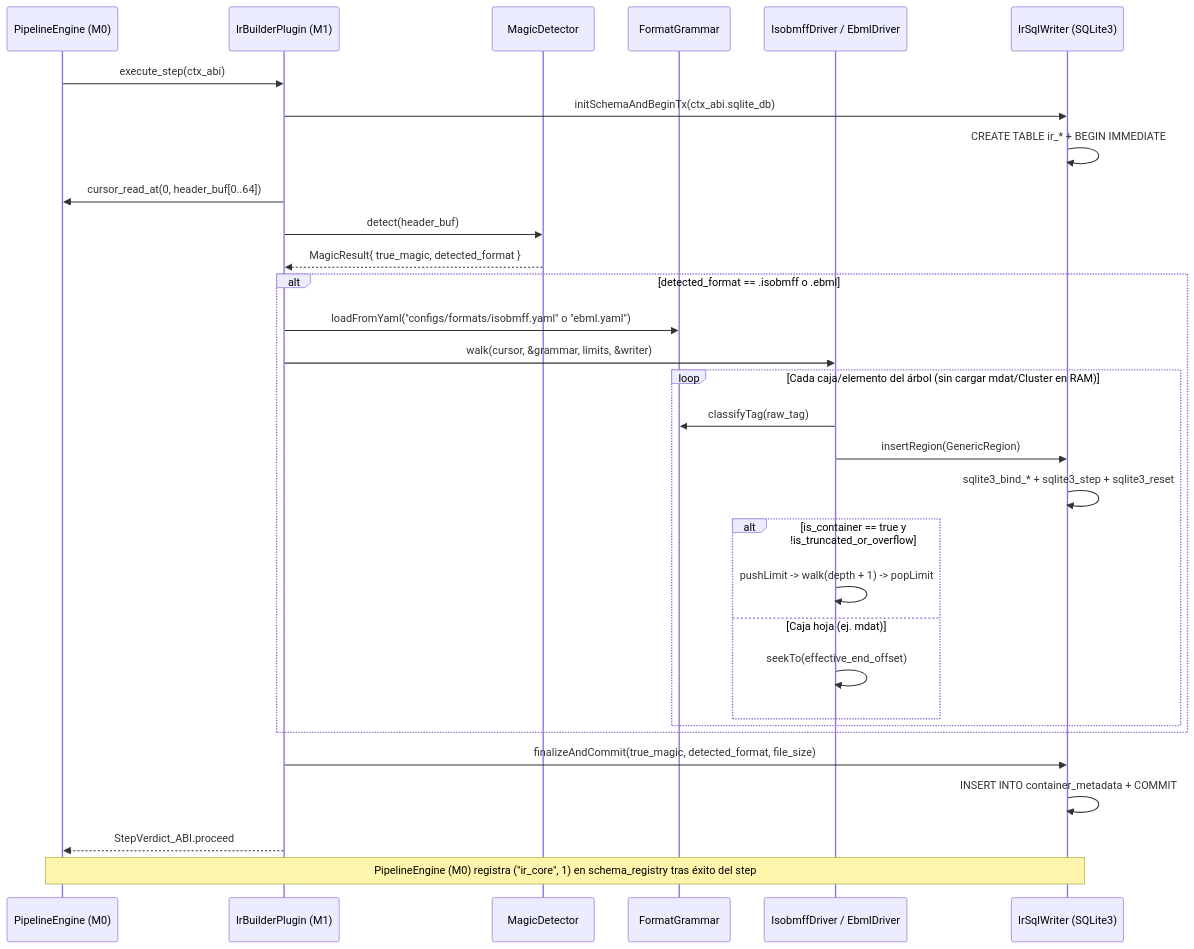
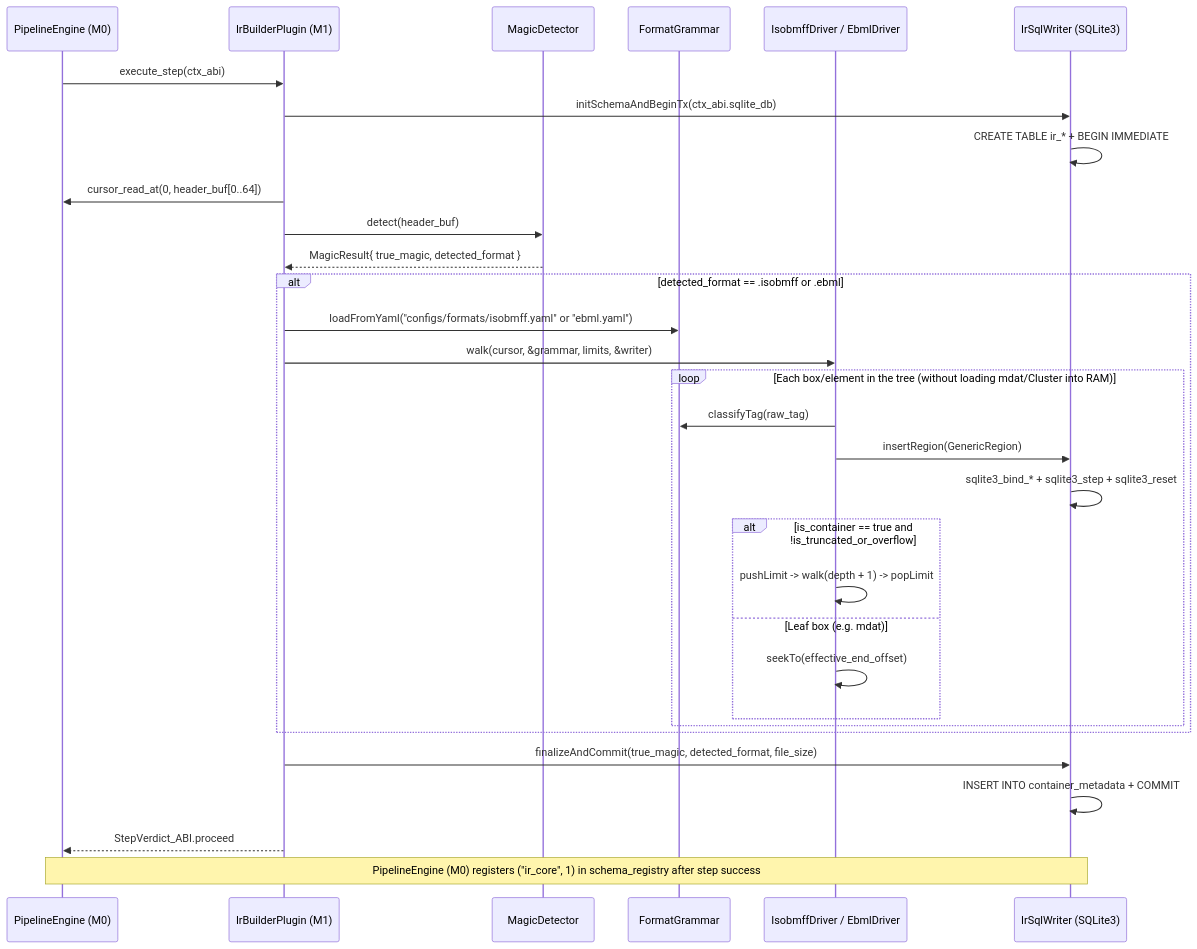
One commit to g-gar/vidsec changed the second of 2 diagrams in docs/v1/specs/M1_container_ir_and_walkers.md. Above: the diagram before and after it, drawn with Mermaid. The commit also changed other lines of this file and 8 other files, not shown here.

Commit message:
docs(v1): translate v1 architecture and milestone specs to English and remove local paths

````diff
--- a/docs/v1/specs/M1_container_ir_and_walkers.md
+++ b/docs/v1/specs/M1_container_ir_and_walkers.md
@@ -266,37 +266,37 @@
 ```mermaid
 sequenceDiagram
     participant Host as PipelineEngine (M0)
     participant Plugin as IrBuilderPlugin (M1)
     participant Magic as MagicDetector
     participant Grammar as FormatGrammar
     participant Driver as IsobmffDriver / EbmlDriver
     participant Writer as IrSqlWriter (SQLite3)
 
     Host->>Plugin: execute_step(ctx_abi)
     Plugin->>Writer: initSchemaAndBeginTx(ctx_abi.sqlite_db)
     Writer->>Writer: CREATE TABLE ir_* + BEGIN IMMEDIATE
 
     Plugin->>Host: cursor_read_at(0, header_buf[0..64])
     Plugin->>Magic: detect(header_buf)
     Magic-->>Plugin: MagicResult{ true_magic, detected_format }
 
-    alt detected_format == .isobmff o .ebml
-        Plugin->>Grammar: loadFromYaml("configs/formats/isobmff.yaml" o "ebml.yaml")
+    alt detected_format == .isobmff or .ebml
+        Plugin->>Grammar: loadFromYaml("configs/formats/isobmff.yaml" or "ebml.yaml")
         Plugin->>Driver: walk(cursor, &grammar, limits, &writer)
-        loop Cada caja/elemento del árbol (sin cargar mdat/Cluster en RAM)
+        loop Each box/element in the tree (without loading mdat/Cluster into RAM)
             Driver->>Grammar: classifyTag(raw_tag)
             Driver->>Writer: insertRegion(GenericRegion)
             Writer->>Writer: sqlite3_bind_* + sqlite3_step + sqlite3_reset
-            alt is_container == true y !is_truncated_or_overflow
+            alt is_container == true and !is_truncated_or_overflow
                 Driver->>Driver: pushLimit -> walk(depth + 1) -> popLimit
-            else Caja hoja (ej. mdat)
+            else Leaf box (e.g. mdat)
                 Driver->>Driver: seekTo(effective_end_offset)
             end
         end
     end
 
     Plugin->>Writer: finalizeAndCommit(true_magic, detected_format, file_size)
     Writer->>Writer: INSERT INTO container_metadata + COMMIT
     Plugin-->>Host: StepVerdict_ABI.proceed
-    Note over Host,Writer: PipelineEngine (M0) registra ("ir_core", 1) en schema_registry tras éxito del step
+    Note over Host,Writer: PipelineEngine (M0) registers ("ir_core", 1) in schema_registry after step success
 ```
````
